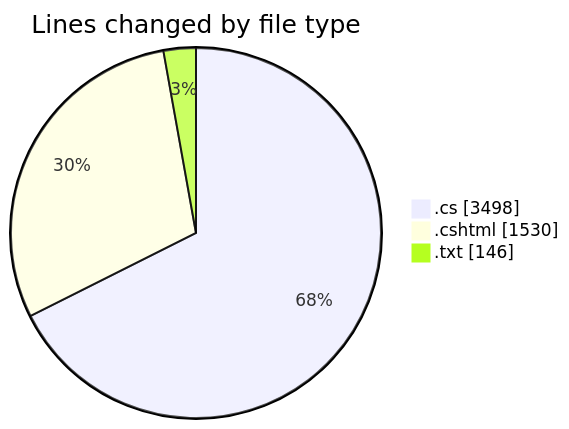
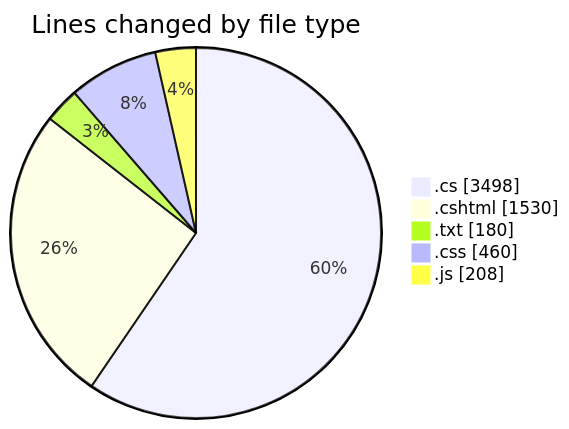
One commit to lephambinh05/code-tracking changed the first of 2 diagrams in 2025-07-28/quanlyrapchieuphim-1/README.md. Above: the diagram before and after it, drawn with Mermaid. The commit also changed other lines of this file and 1 other file, not shown here.

````diff
--- a/2025-07-28/quanlyrapchieuphim-1/README.md
+++ b/2025-07-28/quanlyrapchieuphim-1/README.md
@@ -34,7 +36,9 @@
 ```mermaid
 pie showData
 title Lines changed by file type
 ".cs" : 3498
 ".cshtml" : 1530
-".txt" : 146
+".txt" : 180
+".css" : 460
+".js" : 208
 ```
````
